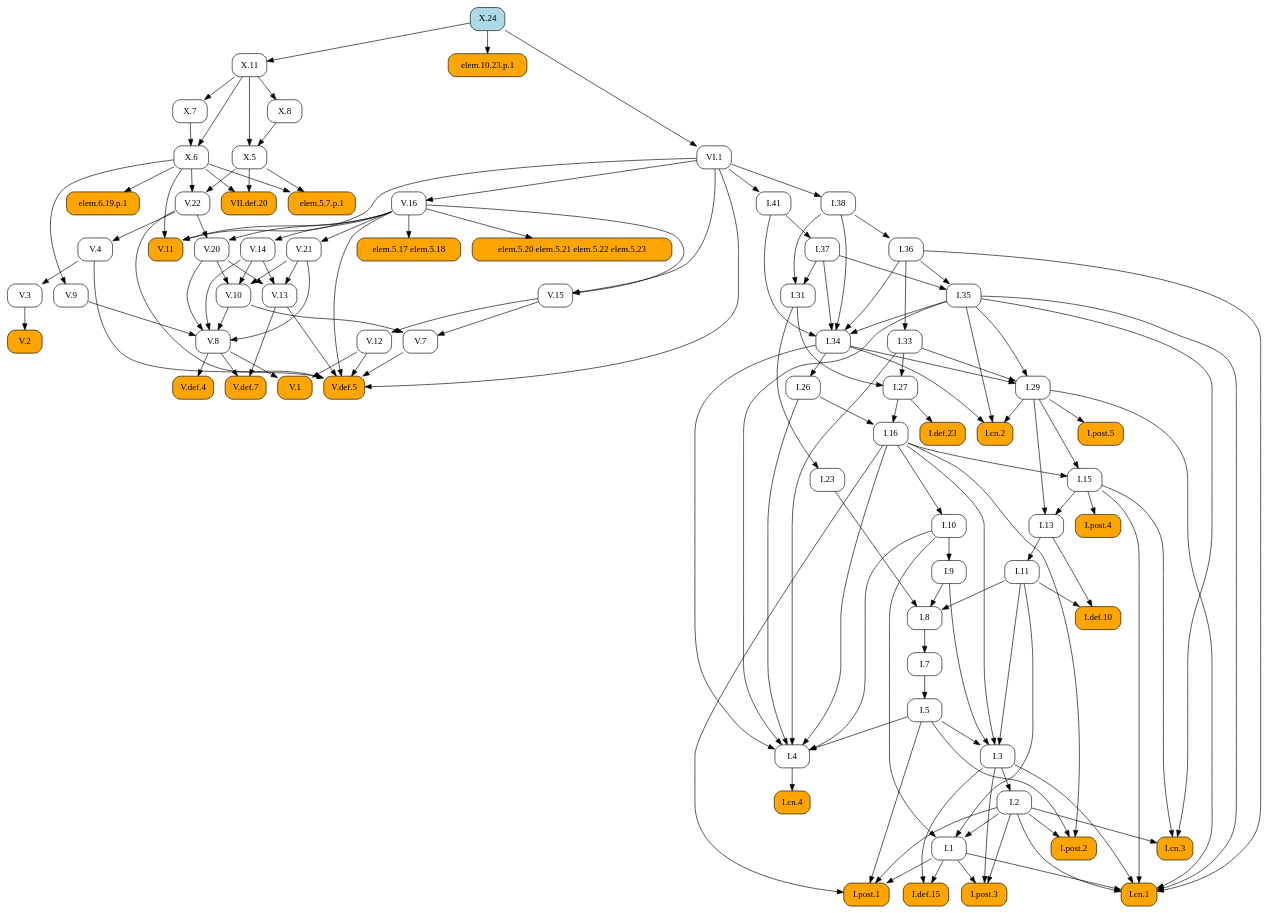
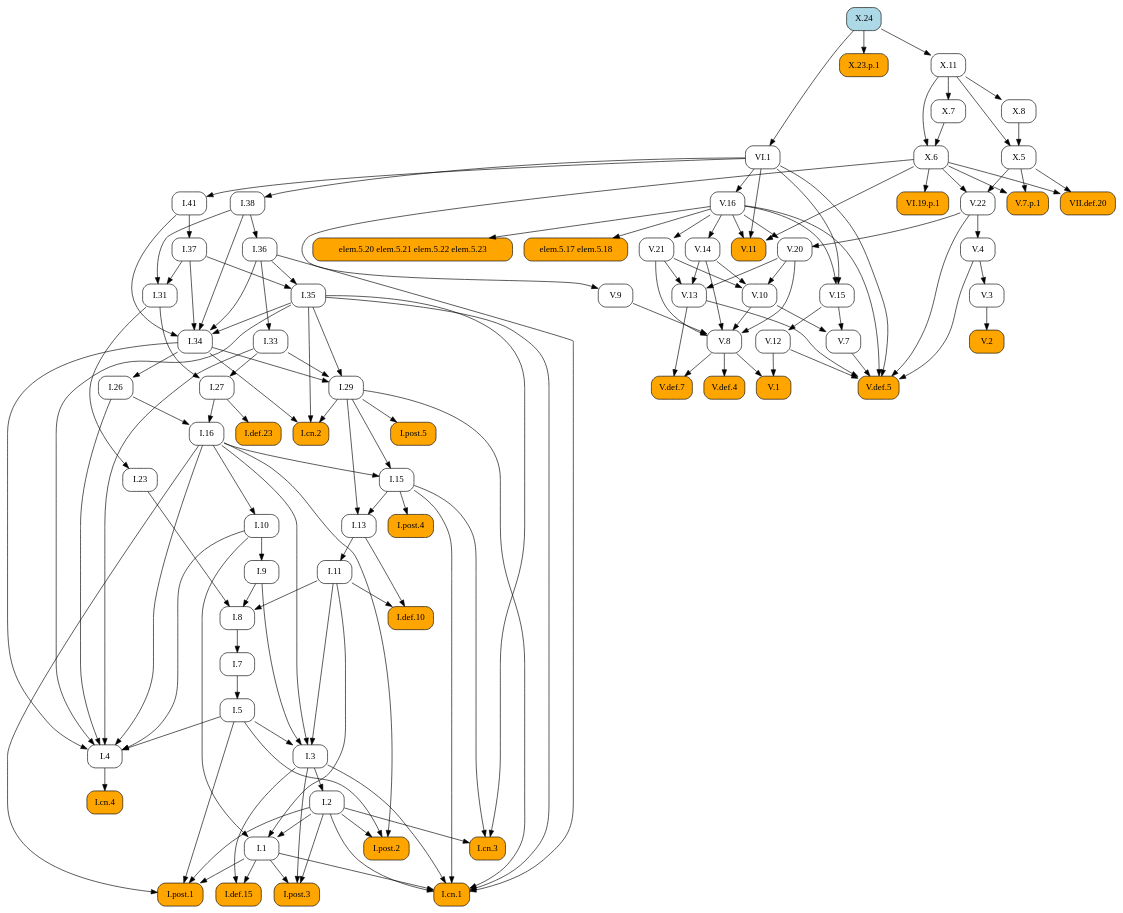
Before and after one commit to geometor/elements: the diagram in docsrc/heath/X/24/index.rst, drawn with Graphviz. The commit also changed other lines of this file and 484 other files, not shown here.

```diff
--- a/docsrc/heath/X/24/index.rst
+++ b/docsrc/heath/X/24/index.rst
@@ -33,83 +33,164 @@
    digraph {
      rankdir="TB";
      node [shape=box, style=rounded];
+     "I.23" [URL="/heath/I/23/", target="_top"];
+     "I.9" [URL="/heath/I/9/", target="_top"];
+     "I.def.15" [style="rounded,filled", fillcolor=orange, URL="/heath/I/def.15/", target="_top"];
+     "V.13" [URL="/heath/V/13/", target="_top"];
+     "V.7" [URL="/heath/V/7/", target="_top"];
+     "elem.5.17 elem.5.18" [style="rounded,filled", fillcolor=orange];
+     "V.7.p.1" [style="rounded,filled", fillcolor=orange];
+     "I.post.1" [style="rounded,filled", fillcolor=orange, URL="/heath/I/post.1/", target="_top"];
+     "V.14" [URL="/heath/V/14/", target="_top"];
+     "X.6" [URL="/heath/X/6/", target="_top"];
+     "V.9" [URL="/heath/V/9/", target="_top"];
+     "I.31" [URL="/heath/I/31/", target="_top"];
+     "V.10" [URL="/heath/V/10/", target="_top"];
      "I.def.10" [style="rounded,filled", fillcolor=orange, URL="/heath/I/def.10/", target="_top"];
+     "V.4" [URL="/heath/V/4/", target="_top"];
+     "VI.1" [URL="/heath/VI/1/", target="_top"];
+     "V.11" [style="rounded,filled", fillcolor=orange, URL="/heath/V/11/", target="_top"];
+     "I.34" [URL="/heath/I/34/", target="_top"];
+     "VII.def.20" [style="rounded,filled", fillcolor=orange, URL="/heath/VII/def.20/", target="_top"];
+     "I.3" [URL="/heath/I/3/", target="_top"];
+     "V.def.4" [style="rounded,filled", fillcolor=orange, URL="/heath/V/def.4/", target="_top"];
+     "V.def.7" [style="rounded,filled", fillcolor=orange, URL="/heath/V/def.7/", target="_top"];
+     "V.21" [URL="/heath/V/21/", target="_top"];
+     "I.2" [URL="/heath/I/2/", target="_top"];
+     "V.3" [URL="/heath/V/3/", target="_top"];
+     "I.13" [URL="/heath/I/13/", target="_top"];
+     "I.post.4" [style="rounded,filled", fillcolor=orange, URL="/heath/I/post.4/", target="_top"];
+     "I.4" [URL="/heath/I/4/", target="_top"];
+     "I.1" [URL="/heath/I/1/", target="_top"];
+     "X.23.p.1" [style="rounded,filled", fillcolor=orange];
+     "I.8" [URL="/heath/I/8/", target="_top"];
+     "I.29" [URL="/heath/I/29/", target="_top"];
+     "I.38" [URL="/heath/I/38/", target="_top"];
+     "V.8" [URL="/heath/V/8/", target="_top"];
+     "I.15" [URL="/heath/I/15/", target="_top"];
+     "I.10" [URL="/heath/I/10/", target="_top"];
      "I.11" [URL="/heath/I/11/", target="_top"];
-     "I.post.4" [style="rounded,filled", fillcolor=orange, URL="/heath/I/post.4/", target="_top"];
-     "I.1" [URL="/heath/I/1/", target="_top"];
+     "I.def.23" [style="rounded,filled", fillcolor=orange, URL="/heath/I/def.23/", target="_top"];
+     "I.26" [URL="/heath/I/26/", target="_top"];
+     "V.16" [URL="/heath/V/16/", target="_top"];
+     "I.33" [URL="/heath/I/33/", target="_top"];
+     "X.11" [URL="/heath/X/11/", target="_top"];
+     "X.8" [URL="/heath/X/8/", target="_top"];
+     "I.post.3" [style="rounded,filled", fillcolor=orange, URL="/heath/I/post.3/", target="_top"];
      "V.def.5" [style="rounded,filled", fillcolor=orange, URL="/heath/V/def.5/", target="_top"];
-     "V.13" [URL="/heath/V/13/", target="_top"];
-     "V.11" [style="rounded,filled", fillcolor=orange, URL="/heath/V/11/", target="_top"];
-     "I.post.3" [style="rounded,filled", fillcolor=orange, URL="/heath/I/post.3/", target="_top"];
-     "VI.1" [URL="/heath/VI/1/", target="_top"];
+     "X.24" [style="rounded,filled", fillcolor=lightblue, URL="/heath/X/24/", target="_top"];
+     "V.20" [URL="/heath/V/20/", target="_top"];
+     "I.27" [URL="/heath/I/27/", target="_top"];
+     "V.12" [URL="/heath/V/12/", target="_top"];
+     "I.35" [URL="/heath/I/35/", target="_top"];
+     "I.cn.1" [style="rounded,filled", fillcolor=orange, URL="/heath/I/cn.1/", target="_top"];
+     "V.2" [style="rounded,filled", fillcolor=orange, URL="/heath/V/2/", target="_top"];
+     "I.7" [URL="/heath/I/7/", target="_top"];
+     "I.36" [URL="/heath/I/36/", target="_top"];
+     "X.5" [URL="/heath/X/5/", target="_top"];
+     "I.5" [URL="/heath/I/5/", target="_top"];
+     "I.37" [URL="/heath/I/37/", target="_top"];
+     "VI.19.p.1" [style="rounded,filled", fillcolor=orange];
      "I.cn.3" [style="rounded,filled", fillcolor=orange, URL="/heath/I/cn.3/", target="_top"];
-     "V.16" [URL="/heath/V/16/", target="_top"];
-     "V.3" [URL="/heath/V/3/", target="_top"];
+     "I.16" [URL="/heath/I/16/", target="_top"];
      "X.7" [URL="/heath/X/7/", target="_top"];
+     "V.22" [URL="/heath/V/22/", target="_top"];
+     "V.1" [style="rounded,filled", fillcolor=orange, URL="/heath/V/1/", target="_top"];
+     "I.cn.2" [style="rounded,filled", fillcolor=orange, URL="/heath/I/cn.2/", target="_top"];
+     "I.post.5" [style="rounded,filled", fillcolor=orange, URL="/heath/I/post.5/", target="_top"];
+     "I.cn.4" [style="rounded,filled", fillcolor=orange, URL="/heath/I/cn.4/", target="_top"];
      "I.41" [URL="/heath/I/41/", target="_top"];
-     "I.36" [URL="/heath/I/36/", target="_top"];
-     "I.27" [URL="/heath/I/27/", target="_top"];
-     "V.8" [URL="/heath/V/8/", target="_top"];
-     "I.37" [URL="/heath/I/37/", target="_top"];
-     "I.34" [URL="/heath/I/34/", target="_top"];
-     "X.24" [style="rounded,filled", fillcolor=lightblue, URL="/heath/X/24/", target="_top"];
-     "I.2" [URL="/heath/I/2/", target="_top"];
-     "I.def.23" [style="rounded,filled", fillcolor=orange, URL="/heath/I/def.23/", target="_top"];
-     "I.33" [URL="/heath/I/33/", target="_top"];
+     "V.15" [URL="/heath/V/15/", target="_top"];
      "I.post.2" [style="rounded,filled", fillcolor=orange, URL="/heath/I/post.2/", target="_top"];
      "elem.5.20 elem.5.21 elem.5.22 elem.5.23" [style="rounded,filled", fillcolor=orange];
-     "I.9" [URL="/heath/I/9/", target="_top"];
-     "I.cn.4" [style="rounded,filled", fillcolor=orange, URL="/heath/I/cn.4/", target="_top"];
-     "V.def.4" [style="rounded,filled", fillcolor=orange, URL="/heath/V/def.4/", target="_top"];
-     "I.15" [URL="/heath/I/15/", target="_top"];
-     "I.38" [URL="/heath/I/38/", target="_top"];
-     "V.def.7" [style="rounded,filled", fillcolor=orange, URL="/heath/V/def.7/", target="_top"];
-     "VII.def.20" [style="rounded,filled", fillcolor=orange, URL="/heath/VII/def.20/", target="_top"];
-     "I.5" [URL="/heath/I/5/", target="_top"];
-     "V.21" [URL="/heath/V/21/", target="_top"];
-     "I.26" [URL="/heath/I/26/", target="_top"];
-     "elem.10.23.p.1" [style="rounded,filled", fillcolor=orange];
-     "V.14" [URL="/heath/V/14/", target="_top"];
-     "I.29" [URL="/heath/I/29/", target="_top"];
-     "V.12" [URL="/heath/V/12/", target="_top"];
-     "V.22" [URL="/heath/V/22/", target="_top"];
-     "I.cn.2" [style="rounded,filled", fillcolor=orange, URL="/heath/I/cn.2/", target="_top"];
-     "X.6" [URL="/heath/X/6/", target="_top"];
-     "X.8" [URL="/heath/X/8/", target="_top"];
-     "V.20" [URL="/heath/V/20/", target="_top"];
-     "V.10" [URL="/heath/V/10/", target="_top"];
-     "I.def.15" [style="rounded,filled", fillcolor=orange, URL="/heath/I/def.15/", target="_top"];
-     "V.15" [URL="/heath/V/15/", target="_top"];
-     "I.cn.1" [style="rounded,filled", fillcolor=orange, URL="/heath/I/cn.1/", target="_top"];
-     "V.7" [URL="/heath/V/7/", target="_top"];
-     "V.9" [URL="/heath/V/9/", target="_top"];
-     "I.23" [URL="/heath/I/23/", target="_top"];
-     "I.post.1" [style="rounded,filled", fillcolor=orange, URL="/heath/I/post.1/", target="_top"];
-     "elem.6.19.p.1" [style="rounded,filled", fillcolor=orange];
-     "I.35" [URL="/heath/I/35/", target="_top"];
-     "I.7" [URL="/heath/I/7/", target="_top"];
-     "I.3" [URL="/heath/I/3/", target="_top"];
-     "I.4" [URL="/heath/I/4/", target="_top"];
-     "I.13" [URL="/heath/I/13/", target="_top"];
-     "V.4" [URL="/heath/V/4/", target="_top"];
-     "elem.5.7.p.1" [style="rounded,filled", fillcolor=orange];
-     "I.31" [URL="/heath/I/31/", target="_top"];
-     "V.1" [style="rounded,filled", fillcolor=orange, URL="/heath/V/1/", target="_top"];
-     "I.16" [URL="/heath/I/16/", target="_top"];
-     "elem.5.17 elem.5.18" [style="rounded,filled", fillcolor=orange];
-     "X.5" [URL="/heath/X/5/", target="_top"];
-     "X.11" [URL="/heath/X/11/", target="_top"];
-     "I.8" [URL="/heath/I/8/", target="_top"];
-     "V.2" [style="rounded,filled", fillcolor=orange, URL="/heath/V/2/", target="_top"];
-     "I.post.5" [style="rounded,filled", fillcolor=orange, URL="/heath/I/post.5/", target="_top"];
-     "I.10" [URL="/heath/I/10/", target="_top"];
+     "I.31" -> "I.23";
+     "I.10" -> "I.9";
+     "I.1" -> "I.def.15";
+     "I.3" -> "I.def.15";
+     "V.14" -> "V.13";
+     "V.20" -> "V.13";
+     "V.21" -> "V.13";
+     "V.10" -> "V.7";
+     "V.15" -> "V.7";
+     "V.16" -> "elem.5.17 elem.5.18";
+     "X.5" -> "V.7.p.1";
+     "X.6" -> "V.7.p.1";
+     "I.1" -> "I.post.1";
+     "I.2" -> "I.post.1";
+     "I.5" -> "I.post.1";
+     "I.16" -> "I.post.1";
+     "V.16" -> "V.14";
+     "X.7" -> "X.6";
+     "X.11" -> "X.6";
+     "X.6" -> "V.9";
+     "I.37" -> "I.31";
+     "I.38" -> "I.31";
+     "V.14" -> "V.10";
+     "V.20" -> "V.10";
+     "V.21" -> "V.10";
      "I.11" -> "I.def.10";
      "I.13" -> "I.def.10";
-     "I.13" -> "I.11";
+     "V.22" -> "V.4";
+     "X.24" -> "VI.1";
+     "V.16" -> "V.11";
+     "VI.1" -> "V.11";
+     "X.6" -> "V.11";
+     "I.35" -> "I.34";
+     "I.36" -> "I.34";
+     "I.37" -> "I.34";
+     "I.38" -> "I.34";
+     "I.41" -> "I.34";
+     "X.5" -> "VII.def.20";
+     "X.6" -> "VII.def.20";
+     "I.5" -> "I.3";
+     "I.9" -> "I.3";
+     "I.11" -> "I.3";
+     "I.16" -> "I.3";
+     "V.8" -> "V.def.4";
+     "V.8" -> "V.def.7";
+     "V.13" -> "V.def.7";
+     "V.16" -> "V.21";
+     "I.3" -> "I.2";
+     "V.4" -> "V.3";
+     "I.15" -> "I.13";
+     "I.29" -> "I.13";
      "I.15" -> "I.post.4";
+     "I.5" -> "I.4";
+     "I.10" -> "I.4";
+     "I.16" -> "I.4";
+     "I.26" -> "I.4";
+     "I.33" -> "I.4";
+     "I.34" -> "I.4";
+     "I.35" -> "I.4";
      "I.2" -> "I.1";
      "I.10" -> "I.1";
      "I.11" -> "I.1";
+     "X.24" -> "X.23.p.1";
+     "I.9" -> "I.8";
+     "I.11" -> "I.8";
+     "I.23" -> "I.8";
+     "I.33" -> "I.29";
+     "I.34" -> "I.29";
+     "I.35" -> "I.29";
+     "VI.1" -> "I.38";
+     "V.9" -> "V.8";
+     "V.10" -> "V.8";
+     "V.14" -> "V.8";
+     "V.20" -> "V.8";
+     "V.21" -> "V.8";
+     "I.16" -> "I.15";
+     "I.29" -> "I.15";
+     "I.16" -> "I.10";
+     "I.13" -> "I.11";
+     "I.27" -> "I.def.23";
+     "I.34" -> "I.26";
+     "VI.1" -> "V.16";
+     "I.36" -> "I.33";
+     "X.24" -> "X.11";
+     "X.11" -> "X.8";
+     "I.1" -> "I.post.3";
+     "I.2" -> "I.post.3";
+     "I.3" -> "I.post.3";
      "V.4" -> "V.def.5";
      "V.7" -> "V.def.5";
      "V.12" -> "V.def.5";
@@ -117,80 +198,13 @@
      "V.16" -> "V.def.5";
      "V.22" -> "V.def.5";
      "VI.1" -> "V.def.5";
-     "V.14" -> "V.13";
-     "V.20" -> "V.13";
-     "V.21" -> "V.13";
-     "V.16" -> "V.11";
-     "VI.1" -> "V.11";
-     "X.6" -> "V.11";
-     "I.1" -> "I.post.3";
-     "I.2" -> "I.post.3";
-     "I.3" -> "I.post.3";
-     "X.24" -> "VI.1";
-     "I.2" -> "I.cn.3";
-     "I.15" -> "I.cn.3";
-     "I.35" -> "I.cn.3";
-     "VI.1" -> "V.16";
-     "V.4" -> "V.3";
-     "X.11" -> "X.7";
-     "VI.1" -> "I.41";
-     "I.38" -> "I.36";
+     "V.16" -> "V.20";
+     "V.22" -> "V.20";
      "I.31" -> "I.27";
      "I.33" -> "I.27";
-     "V.9" -> "V.8";
-     "V.10" -> "V.8";
-     "V.14" -> "V.8";
-     "V.20" -> "V.8";
-     "V.21" -> "V.8";
-     "I.41" -> "I.37";
-     "I.35" -> "I.34";
-     "I.36" -> "I.34";
-     "I.37" -> "I.34";
-     "I.38" -> "I.34";
-     "I.41" -> "I.34";
-     "I.3" -> "I.2";
-     "I.27" -> "I.def.23";
-     "I.36" -> "I.33";
-     "I.2" -> "I.post.2";
-     "I.5" -> "I.post.2";
-     "I.16" -> "I.post.2";
-     "V.16" -> "elem.5.20 elem.5.21 elem.5.22 elem.5.23";
-     "I.10" -> "I.9";
-     "I.4" -> "I.cn.4";
-     "V.8" -> "V.def.4";
-     "I.16" -> "I.15";
-     "I.29" -> "I.15";
-     "VI.1" -> "I.38";
-     "V.8" -> "V.def.7";
-     "V.13" -> "V.def.7";
-     "X.5" -> "VII.def.20";
-     "X.6" -> "VII.def.20";
-     "I.7" -> "I.5";
-     "V.16" -> "V.21";
-     "I.34" -> "I.26";
-     "X.24" -> "elem.10.23.p.1";
-     "V.16" -> "V.14";
-     "I.33" -> "I.29";
-     "I.34" -> "I.29";
-     "I.35" -> "I.29";
      "V.15" -> "V.12";
-     "X.5" -> "V.22";
-     "X.6" -> "V.22";
-     "I.29" -> "I.cn.2";
-     "I.34" -> "I.cn.2";
-     "I.35" -> "I.cn.2";
-     "X.7" -> "X.6";
-     "X.11" -> "X.6";
-     "X.11" -> "X.8";
-     "V.16" -> "V.20";
-     "V.22" -> "V.20";
-     "V.14" -> "V.10";
-     "V.20" -> "V.10";
-     "V.21" -> "V.10";
-     "I.1" -> "I.def.15";
-     "I.3" -> "I.def.15";
-     "V.16" -> "V.15";
-     "VI.1" -> "V.15";
+     "I.36" -> "I.35";
+     "I.37" -> "I.35";
      "I.1" -> "I.cn.1";
      "I.2" -> "I.cn.1";
      "I.3" -> "I.cn.1";
@@ -198,48 +212,34 @@
      "I.29" -> "I.cn.1";
      "I.35" -> "I.cn.1";
      "I.36" -> "I.cn.1";
-     "V.10" -> "V.7";
-     "V.15" -> "V.7";
-     "X.6" -> "V.9";
-     "I.31" -> "I.23";
-     "I.1" -> "I.post.1";
-     "I.2" -> "I.post.1";
-     "I.5" -> "I.post.1";
-     "I.16" -> "I.post.1";
-     "X.6" -> "elem.6.19.p.1";
-     "I.36" -> "I.35";
-     "I.37" -> "I.35";
+     "V.3" -> "V.2";
      "I.8" -> "I.7";
-     "I.5" -> "I.3";
-     "I.9" -> "I.3";
-     "I.11" -> "I.3";
-     "I.16" -> "I.3";
-     "I.5" -> "I.4";
-     "I.10" -> "I.4";
-     "I.16" -> "I.4";
-     "I.26" -> "I.4";
-     "I.33" -> "I.4";
-     "I.34" -> "I.4";
-     "I.35" -> "I.4";
-     "I.15" -> "I.13";
-     "I.29" -> "I.13";
-     "V.22" -> "V.4";
-     "X.5" -> "elem.5.7.p.1";
-     "X.6" -> "elem.5.7.p.1";
-     "I.37" -> "I.31";
-     "I.38" -> "I.31";
+     "I.38" -> "I.36";
+     "X.8" -> "X.5";
+     "X.11" -> "X.5";
+     "I.7" -> "I.5";
+     "I.41" -> "I.37";
+     "X.6" -> "VI.19.p.1";
+     "I.2" -> "I.cn.3";
+     "I.15" -> "I.cn.3";
+     "I.35" -> "I.cn.3";
+     "I.26" -> "I.16";
+     "I.27" -> "I.16";
+     "X.11" -> "X.7";
+     "X.5" -> "V.22";
+     "X.6" -> "V.22";
      "V.8" -> "V.1";
      "V.12" -> "V.1";
-     "I.26" -> "I.16";
-     "I.27" -> "I.16";
-     "V.16" -> "elem.5.17 elem.5.18";
-     "X.8" -> "X.5";
-     "X.11" -> "X.5";
-     "X.24" -> "X.11";
-     "I.9" -> "I.8";
-     "I.11" -> "I.8";
-     "I.23" -> "I.8";
-     "V.3" -> "V.2";
+     "I.29" -> "I.cn.2";
+     "I.34" -> "I.cn.2";
+     "I.35" -> "I.cn.2";
      "I.29" -> "I.post.5";
-     "I.16" -> "I.10";
+     "I.4" -> "I.cn.4";
+     "VI.1" -> "I.41";
+     "V.16" -> "V.15";
+     "VI.1" -> "V.15";
+     "I.2" -> "I.post.2";
+     "I.5" -> "I.post.2";
+     "I.16" -> "I.post.2";
+     "V.16" -> "elem.5.20 elem.5.21 elem.5.22 elem.5.23";
    }
```
